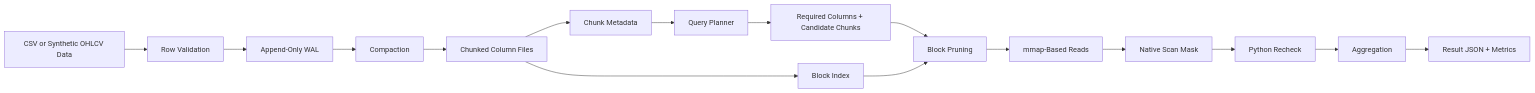
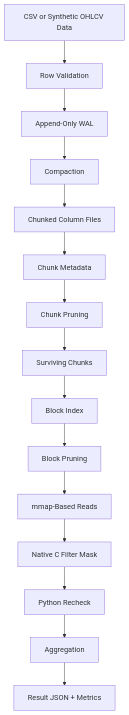
Before and after one commit to pitaleabhishek/tickdb: the first of 2 diagrams in docs/architecture.md, drawn with Mermaid. The commit also changed other lines of this file and 30 other files, not shown here.

````diff
--- a/docs/architecture.md
+++ b/docs/architecture.md
@@ -5,18 +7,17 @@
 ```mermaid
-flowchart LR
+flowchart TD
     A[CSV or Synthetic OHLCV Data] --> B[Row Validation]
     B --> C[Append-Only WAL]
     C --> D[Compaction]
     D --> E[Chunked Column Files]
     E --> F[Chunk Metadata]
-    F --> G[Query Planner]
-    G --> H[Required Columns + Candidate Chunks]
-    E --> I[Block Index]
-    H --> J[Block Pruning]
-    I --> J
+    F --> G[Chunk Pruning]
+    G --> H[Surviving Chunks]
+    H --> I[Block Index]
+    I --> J[Block Pruning]
     J --> K[mmap-Based Reads]
-    K --> L[Native Scan Mask]
+    K --> L[Native C Filter Mask]
     L --> M[Python Recheck]
     M --> N[Aggregation]
     N --> O[Result JSON + Metrics]
 ```
````
